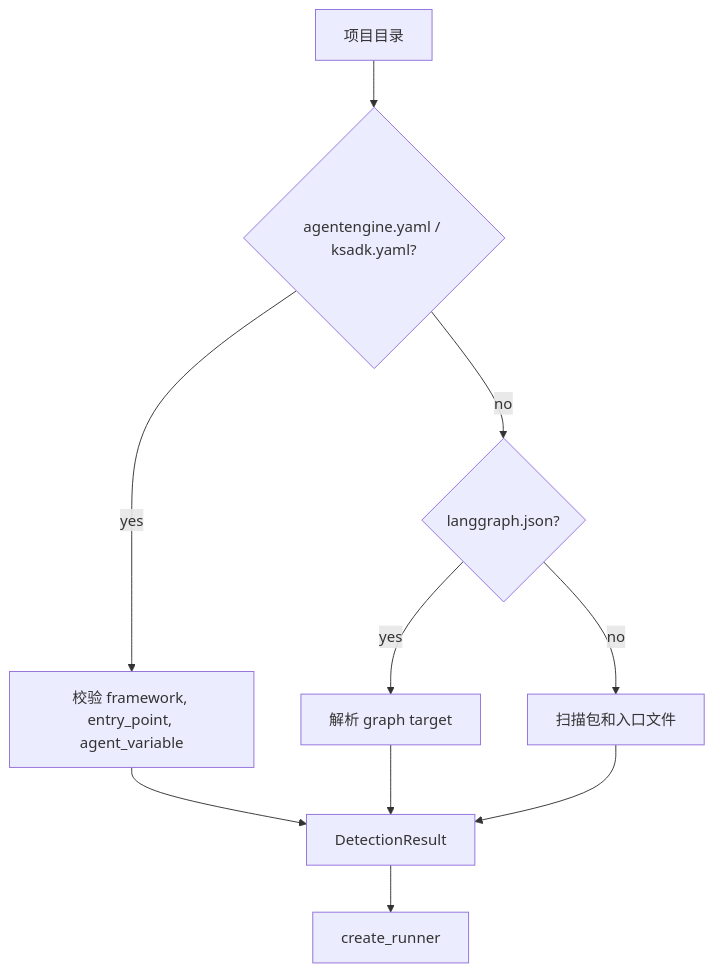
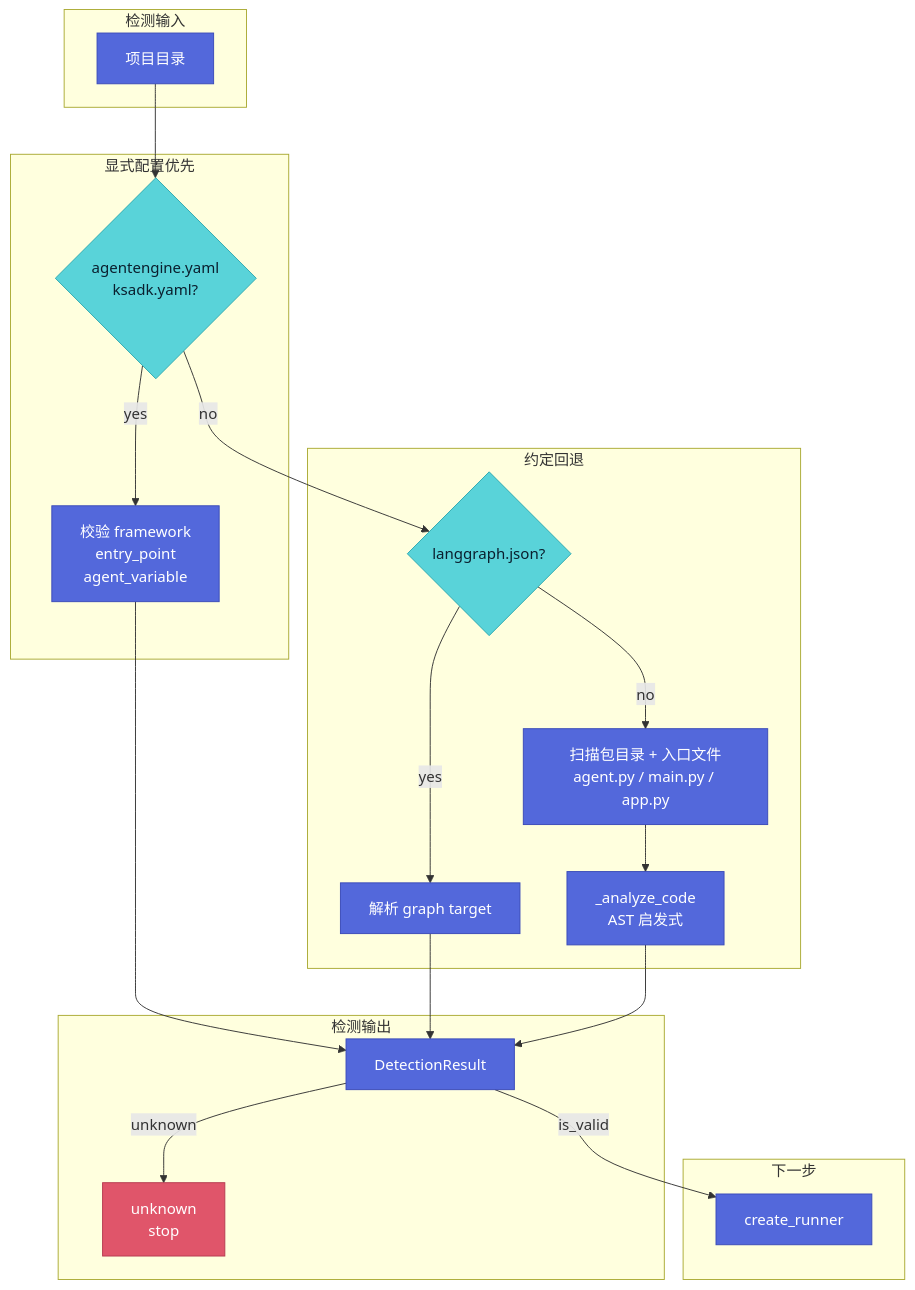
One commit to kingsoftcloud/ksadk-python changed the third of 4 diagrams in docs-site/content/docs/framework/guides/runtime-architecture.mdx. Above: the diagram before and after it, drawn with Mermaid. The commit also changed other lines of this file and 33 other files, not shown here.

````diff
--- a/docs-site/content/docs/framework/guides/runtime-architecture.mdx
+++ b/docs-site/content/docs/framework/guides/runtime-architecture.mdx
@@ -108,12 +190,42 @@
 ```mermaid
 flowchart TD
-  A["项目目录"] --> B{"agentengine.yaml / ksadk.yaml?"}
-  B -->|yes| C["校验 framework, entry_point, agent_variable"]
-  B -->|no| D{"langgraph.json?"}
-  D -->|yes| E["解析 graph target"]
-  D -->|no| F["扫描包和入口文件"]
-  C --> G["DetectionResult"]
-  E --> G
-  F --> G
-  G --> H["create_runner"]
+  classDef brand fill:#5368db,stroke:#3a4ab8,color:#fff
+  classDef accent fill:#59d3d9,stroke:#2fa9af,color:#0a1f2e
+  classDef stop fill:#e0556a,stroke:#b53a4f,color:#fff
+
+  subgraph Inputs["检测输入"]
+    Dir["项目目录"]
+  end
+  subgraph Explicit["显式配置优先"]
+    Cfg{"agentengine.yaml<br/>ksadk.yaml?"}
+    Validate["校验 framework<br/>entry_point<br/>agent_variable"]
+  end
+  subgraph Convention["约定回退"]
+    LGJson{"langgraph.json?"}
+    GraphTarget["解析 graph target"]
+    Scan["扫描包目录 + 入口文件<br/>agent.py / main.py / app.py"]
+    Analyze["_analyze_code<br/>AST 启发式"]
+  end
+  subgraph Out["检测输出"]
+    Result["DetectionResult"]
+    Unknown["unknown<br/>stop"]:::stop
+  end
+  subgraph Next["下一步"]
+    Create["create_runner"]
+  end
+
+  Dir --> Cfg
+  Cfg -->|"yes"| Validate
+  Cfg -->|"no"| LGJson
+  LGJson -->|"yes"| GraphTarget
+  LGJson -->|"no"| Scan
+  Scan --> Analyze
+  Validate --> Result
+  GraphTarget --> Result
+  Analyze --> Result
+  Result -->|"is_valid"| Create
+  Result -->|"unknown"| Unknown
+
+  class Dir,Validate,GraphTarget,Scan,Analyze,Result,Create brand
+  class Cfg,LGJson accent
 ```
````
